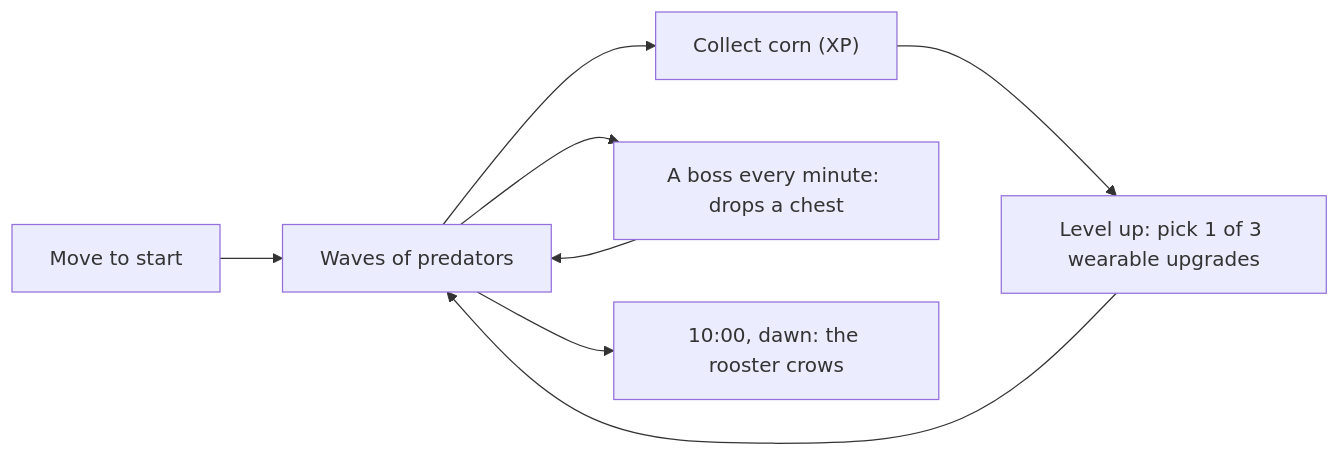
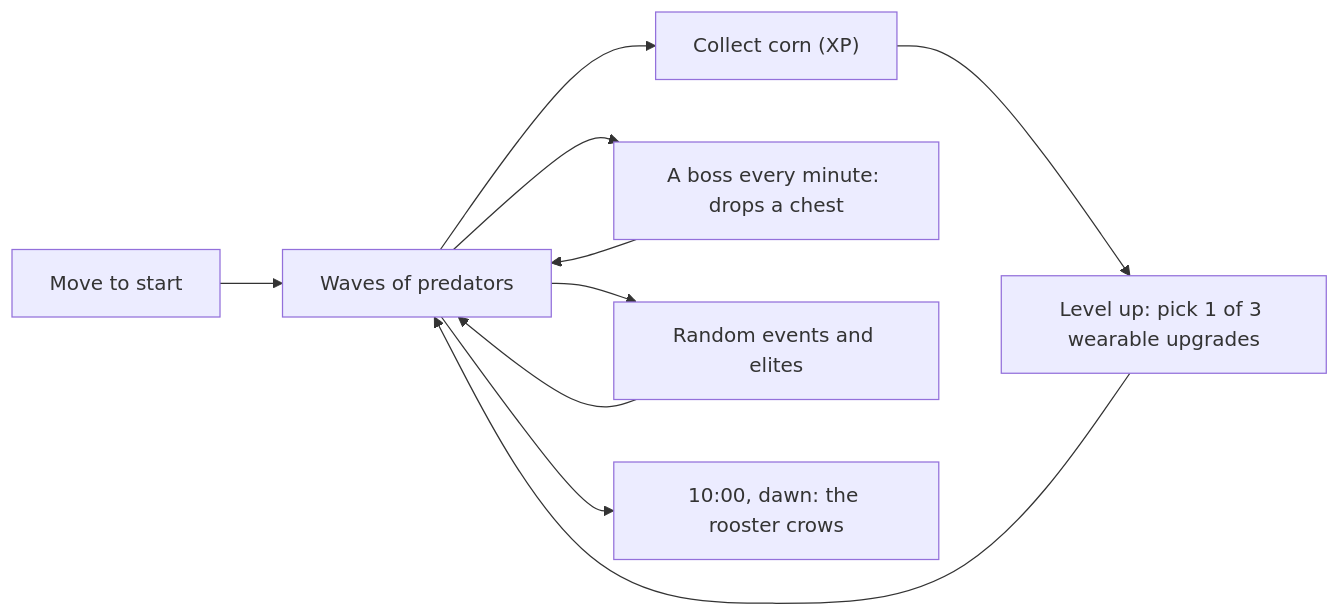
One commit to RodolfoXiloj/quiquiriqui-32k changed the diagram in README.md. Above: the diagram before and after it, drawn with Mermaid. The commit also changed other lines of this file, not shown here.

Commit message:
Document the special predators, elites, random events, shop icons and locked hens in the README

````diff
--- a/README.md
+++ b/README.md
@@ -84,10 +93,12 @@
 ```mermaid
 flowchart LR
   A["Move to start"] --> B["Waves of predators"]
   B --> C["Collect corn (XP)"]
   C --> D["Level up: pick 1 of 3 wearable upgrades"]
   D --> B
   B --> E["A boss every minute: drops a chest"]
   E --> B
+  B --> G["Random events and elites"]
+  G --> B
   B --> F["10:00, dawn: the rooster crows"]
 ```
````
